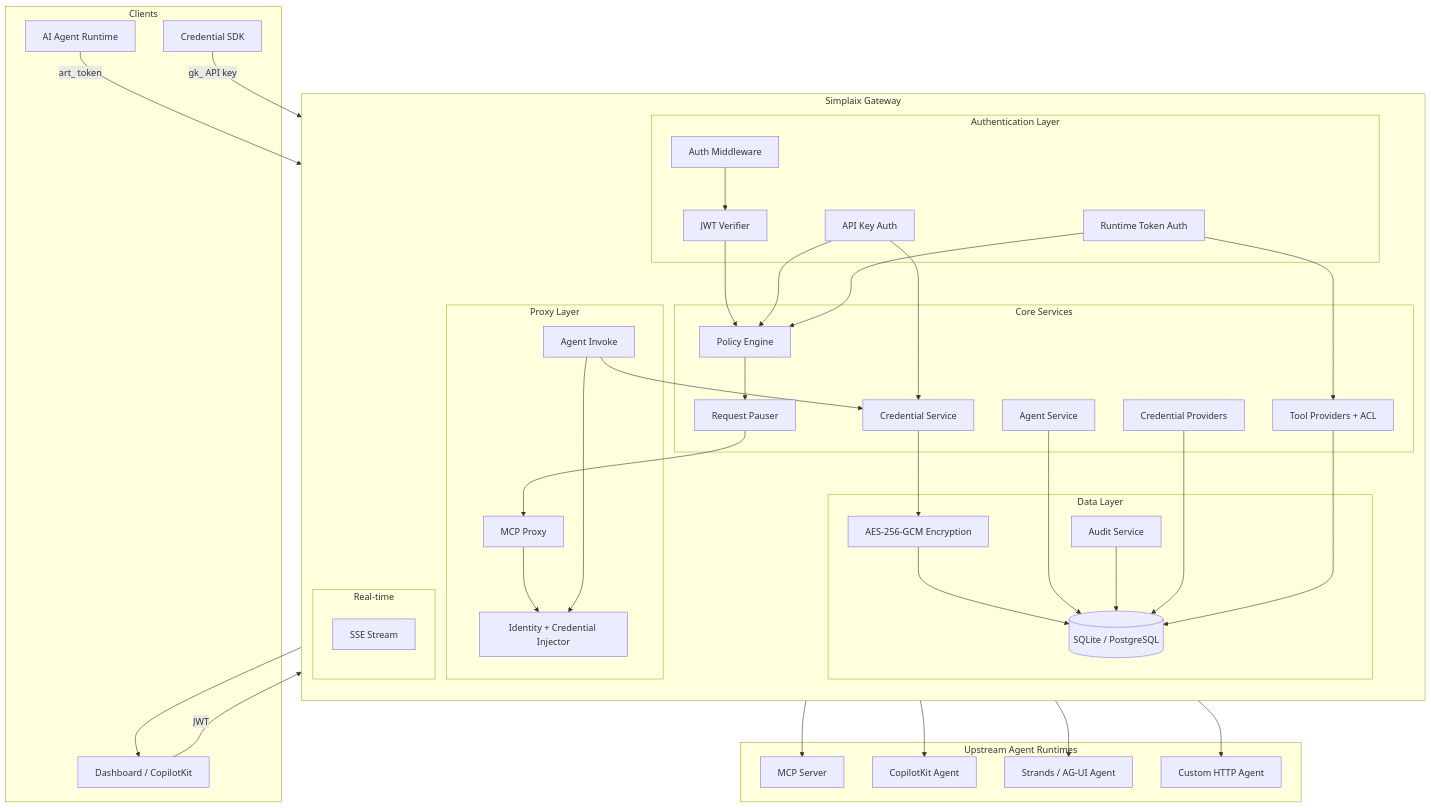
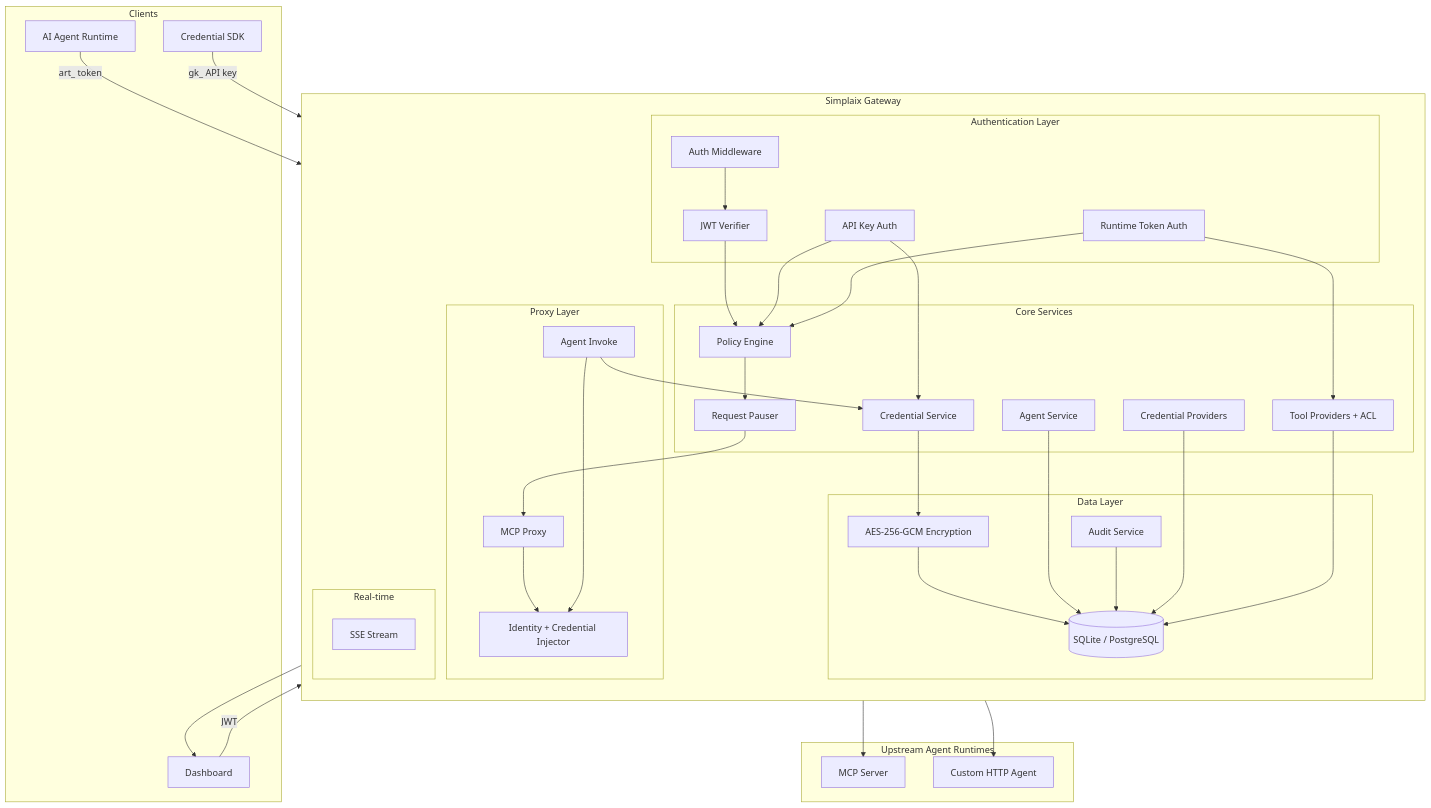
One commit to simplaix/simplaix-gateway changed the diagram in README.md. Above: the diagram before and after it, drawn with Mermaid. The commit also changed other lines of this file, not shown here.

Commit message:
Refine README to remove references to specific agent types, focusing on the core functionalities of the Simplaix Gateway. Update flowcharts and descriptions for improved clarity and conciseness.

````diff
--- a/README.md
+++ b/README.md
@@ -37,7 +37,7 @@
 ```mermaid
 flowchart TB
     subgraph clients [Clients]
-        FE[Dashboard / CopilotKit]
+        FE[Dashboard]
         AI[AI Agent Runtime]
         SDK[Credential SDK]
     end
@@ -80,8 +80,6 @@
 
     subgraph upstreams [Upstream Agent Runtimes]
         MCP1[MCP Server]
-        CK[CopilotKit Agent]
-        Strands[Strands / AG-UI Agent]
         Custom[Custom HTTP Agent]
     end
 
@@ -106,8 +104,6 @@
     MCPProxy --> HeaderInjector
     AgentInvoke --> HeaderInjector
     HeaderInjector --> MCP1
-    HeaderInjector --> CK
-    HeaderInjector --> Strands
     HeaderInjector --> Custom
 
     AgentSvc --> DB
````
